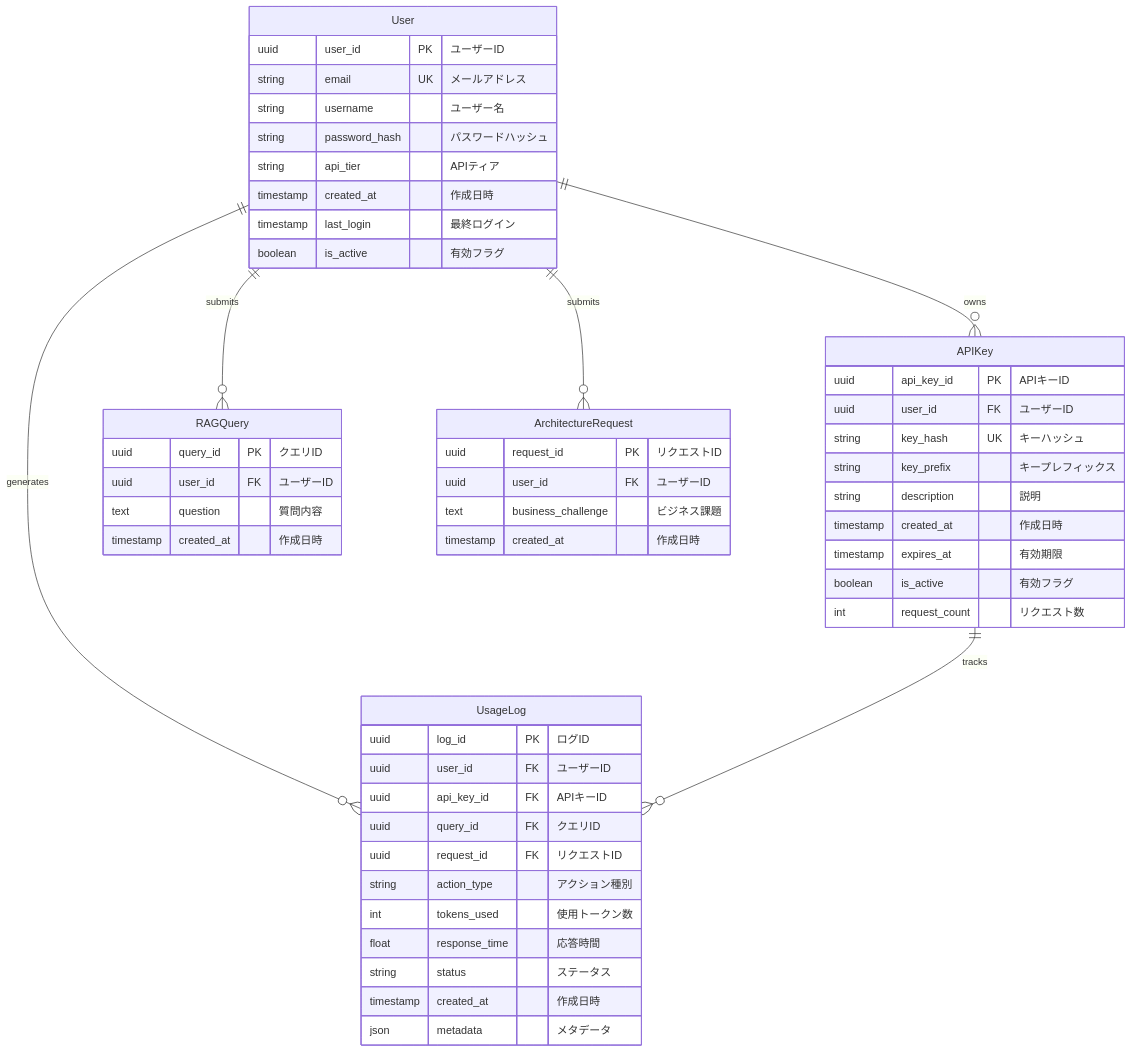
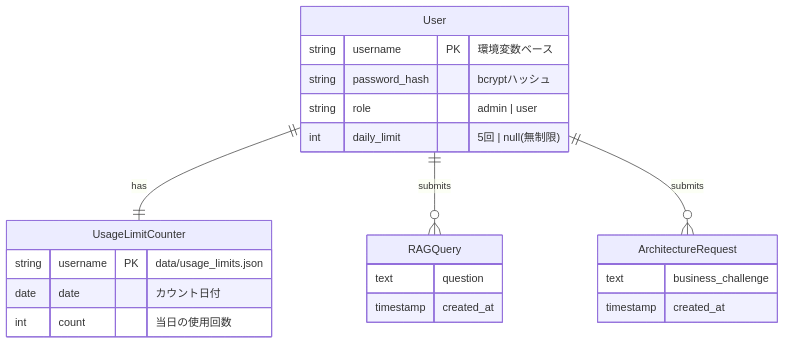
Before and after one commit to take-take46/LangGraphCatalyst: the fifth of 5 diagrams in docs/ER_DIAGRAM.md, drawn with Mermaid. The commit also changed other lines of this file and 6 other files, not shown here.

````diff
--- a/docs/ER_DIAGRAM.md
+++ b/docs/ER_DIAGRAM.md
@@ -418,59 +455,29 @@
 ```mermaid
 erDiagram
-    User ||--o{ APIKey : "owns"
+    User ||--|| UsageLimitCounter : "has"
     User ||--o{ RAGQuery : "submits"
     User ||--o{ ArchitectureRequest : "submits"
-    User ||--o{ UsageLog : "generates"
-    APIKey ||--o{ UsageLog : "tracks"
 
     User {
-        uuid user_id PK "ユーザーID"
-        string email UK "メールアドレス"
-        string username "ユーザー名"
-        string password_hash "パスワードハッシュ"
-        string api_tier "APIティア"
-        timestamp created_at "作成日時"
-        timestamp last_login "最終ログイン"
-        boolean is_active "有効フラグ"
+        string username PK "環境変数ベース"
+        string password_hash "bcryptハッシュ"
+        string role "admin | user"
+        int daily_limit "5回 | null(無制限)"
     }
 
-    APIKey {
-        uuid api_key_id PK "APIキーID"
-        uuid user_id FK "ユーザーID"
-        string key_hash UK "キーハッシュ"
-        string key_prefix "キープレフィックス"
-        string description "説明"
-        timestamp created_at "作成日時"
-        timestamp expires_at "有効期限"
-        boolean is_active "有効フラグ"
-        int request_count "リクエスト数"
-    }
-
-    UsageLog {
-        uuid log_id PK "ログID"
-        uuid user_id FK "ユーザーID"
-        uuid api_key_id FK "APIキーID"
-        uuid query_id FK "クエリID"
-        uuid request_id FK "リクエストID"
-        string action_type "アクション種別"
-        int tokens_used "使用トークン数"
-        float response_time "応答時間"
-        string status "ステータス"
-        timestamp created_at "作成日時"
-        json metadata "メタデータ"
+    UsageLimitCounter {
+        string username PK "data/usage_limits.json"
+        date date "カウント日付"
+        int count "当日の使用回数"
     }
 
     RAGQuery {
-        uuid query_id PK "クエリID"
-        uuid user_id FK "ユーザーID"
-        text question "質問内容"
-        timestamp created_at "作成日時"
+        text question
+        timestamp created_at
     }
 
     ArchitectureRequest {
-        uuid request_id PK "リクエストID"
-        uuid user_id FK "ユーザーID"
-        text business_challenge "ビジネス課題"
-        timestamp created_at "作成日時"
+        text business_challenge
+        timestamp created_at
     }
 ```
````
